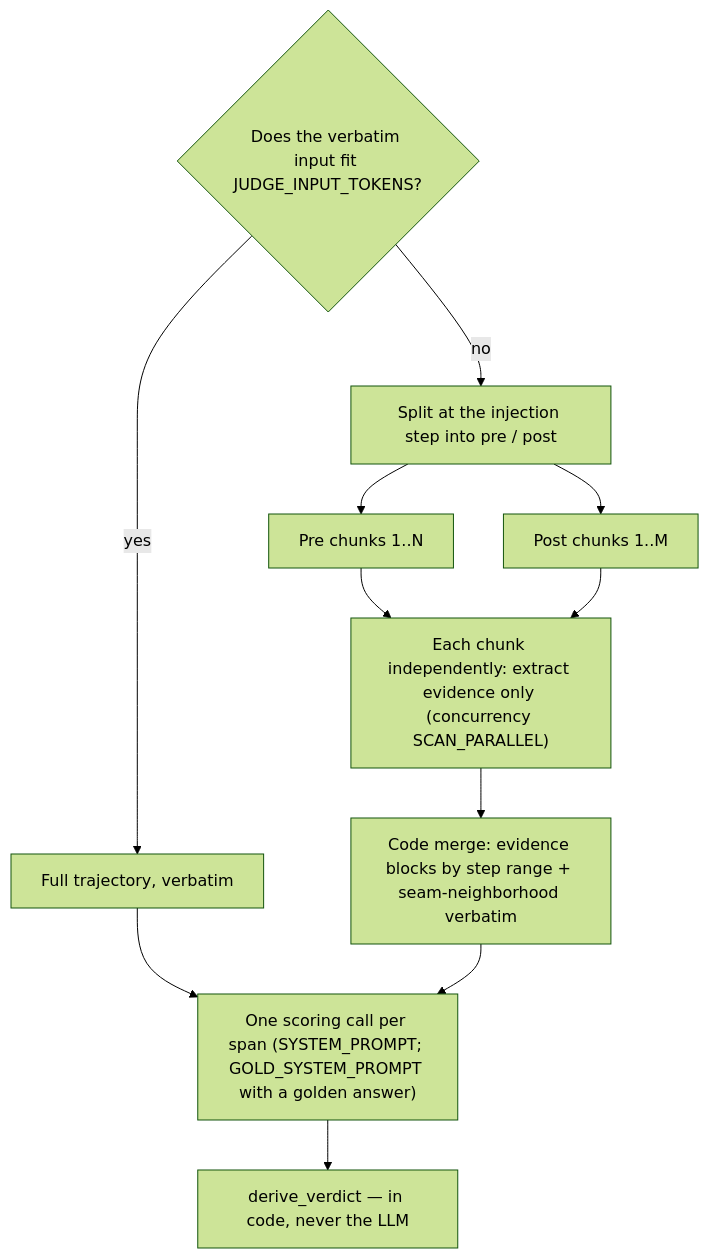
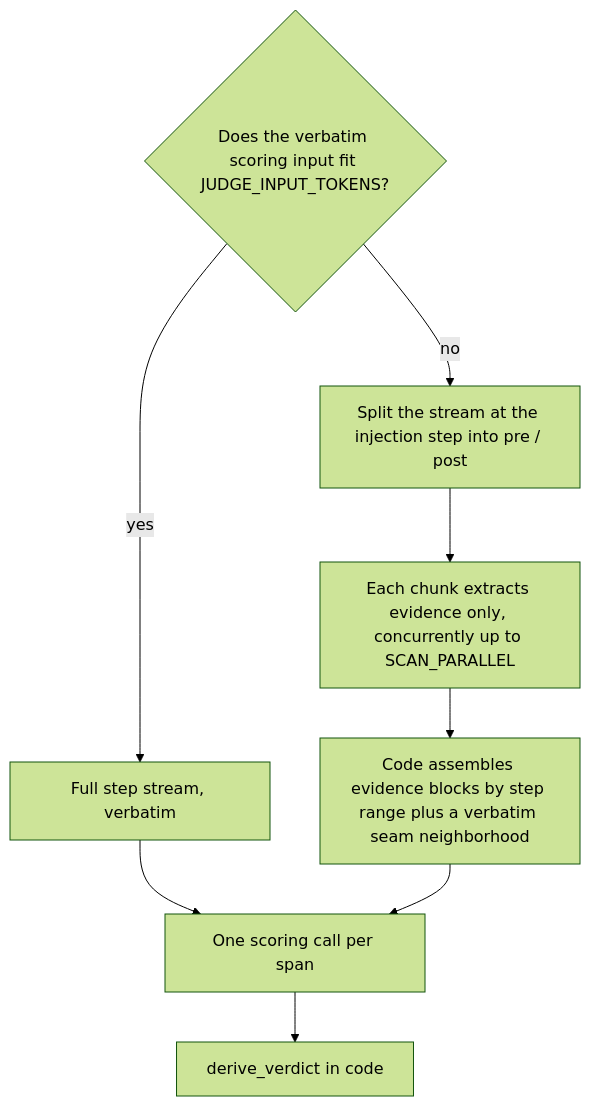
Before and after one commit to ChangranXU/mem-use: the diagram in doc/en/injudge.md, drawn with Mermaid (forest theme). The commit also changed other lines of this file and 20 other files, not shown here.

````diff
--- a/doc/en/injudge.md
+++ b/doc/en/injudge.md
@@ -54,22 +37,17 @@
 ```mermaid
 flowchart TD
-    size{"Does the verbatim input fit JUDGE_INPUT_TOKENS?"}
-    full["Full trajectory, verbatim"]
-    split["Split at the injection step into pre / post"]
-    preChunks["Pre chunks 1..N"]
-    postChunks["Post chunks 1..M"]
-    extract["Each chunk independently: extract evidence only (concurrency SCAN_PARALLEL)"]
-    merge["Code merge: evidence blocks by step range + seam-neighborhood verbatim"]
-    judge["One scoring call per span (SYSTEM_PROMPT; GOLD_SYSTEM_PROMPT with a golden answer)"]
-    derive["derive_verdict — in code, never the LLM"]
+    size{"Does the verbatim scoring input fit JUDGE_INPUT_TOKENS?"}
+    full["Full step stream, verbatim"]
+    split["Split the stream at the injection step into pre / post"]
+    extract["Each chunk extracts evidence only, concurrently up to SCAN_PARALLEL"]
+    merge["Code assembles evidence blocks by step range plus a verbatim seam neighborhood"]
+    judge["One scoring call per span"]
+    derive["derive_verdict in code"]
     size -->|yes| full
     size -->|no| split
-    split --> preChunks
-    split --> postChunks
-    preChunks --> extract
-    postChunks --> extract
+    split --> extract
     extract --> merge
     full --> judge
     merge --> judge
     judge --> derive
 ```
````
